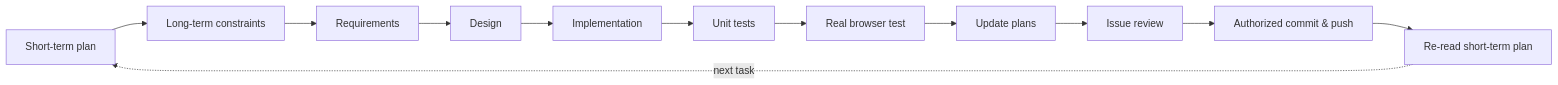
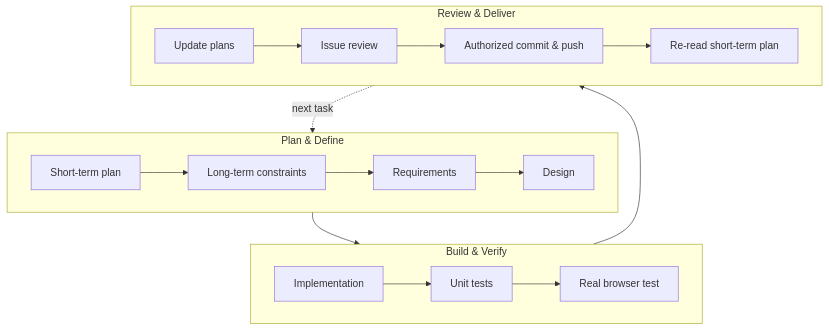
One commit to illuseahashmap/plan-driven-delivery-loop changed the diagram in README.md. Above: the diagram before and after it, drawn with Mermaid.

Commit message:
docs: improve workflow diagram layout

````diff
--- a/README.md
+++ b/README.md
@@ -17,14 +17,26 @@
 ```mermaid
-flowchart LR
-    A[Short-term plan] --> B[Long-term constraints]
-    B --> C[Requirements]
-    C --> D[Design]
-    D --> E[Implementation]
-    E --> F[Unit tests]
-    F --> G[Real browser test]
-    G --> H[Update plans]
-    H --> I[Issue review]
-    I --> J[Authorized commit & push]
-    J --> K[Re-read short-term plan]
+flowchart TB
+    subgraph P1["Plan & Define"]
+        direction LR
+        A[Short-term plan] --> B[Long-term constraints]
+        B --> C[Requirements]
+        C --> D[Design]
+    end
+
+    subgraph P2["Build & Verify"]
+        direction LR
+        E[Implementation] --> F[Unit tests]
+        F --> G[Real browser test]
+    end
+
+    subgraph P3["Review & Deliver"]
+        direction LR
+        H[Update plans] --> I[Issue review]
+        I --> J[Authorized commit & push]
+        J --> K[Re-read short-term plan]
+    end
+
+    D --> E
+    G --> H
     K -. next task .-> A
 ```
````
